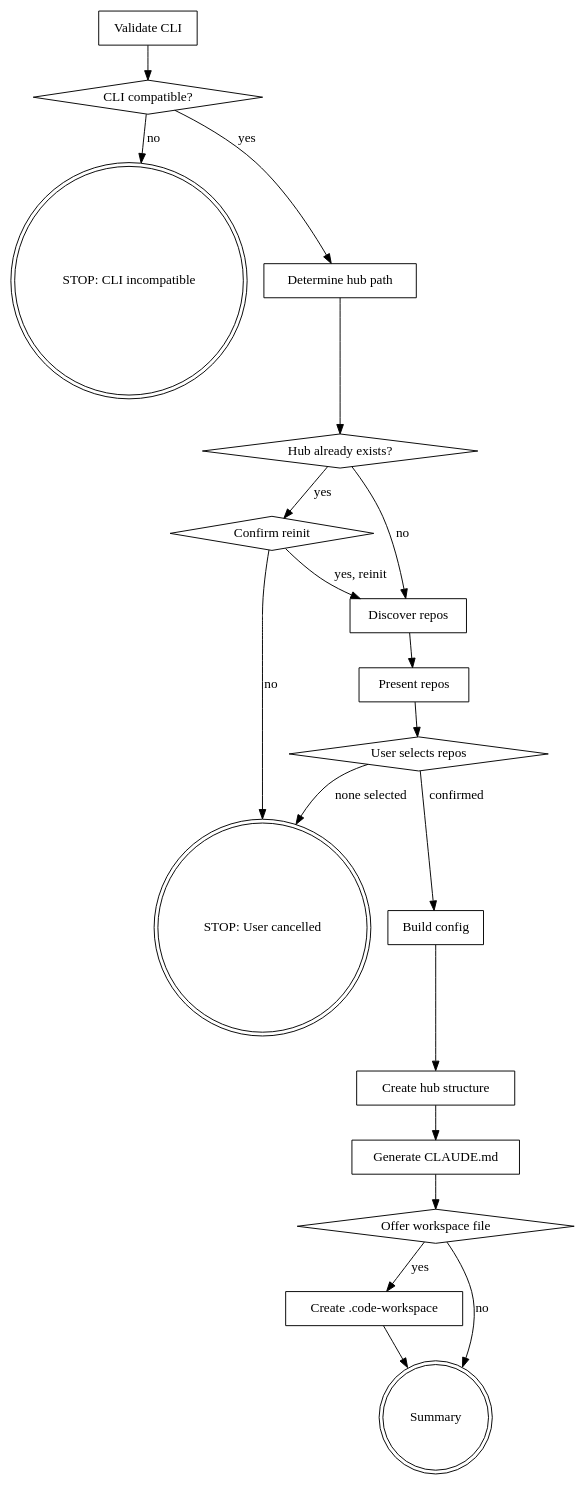
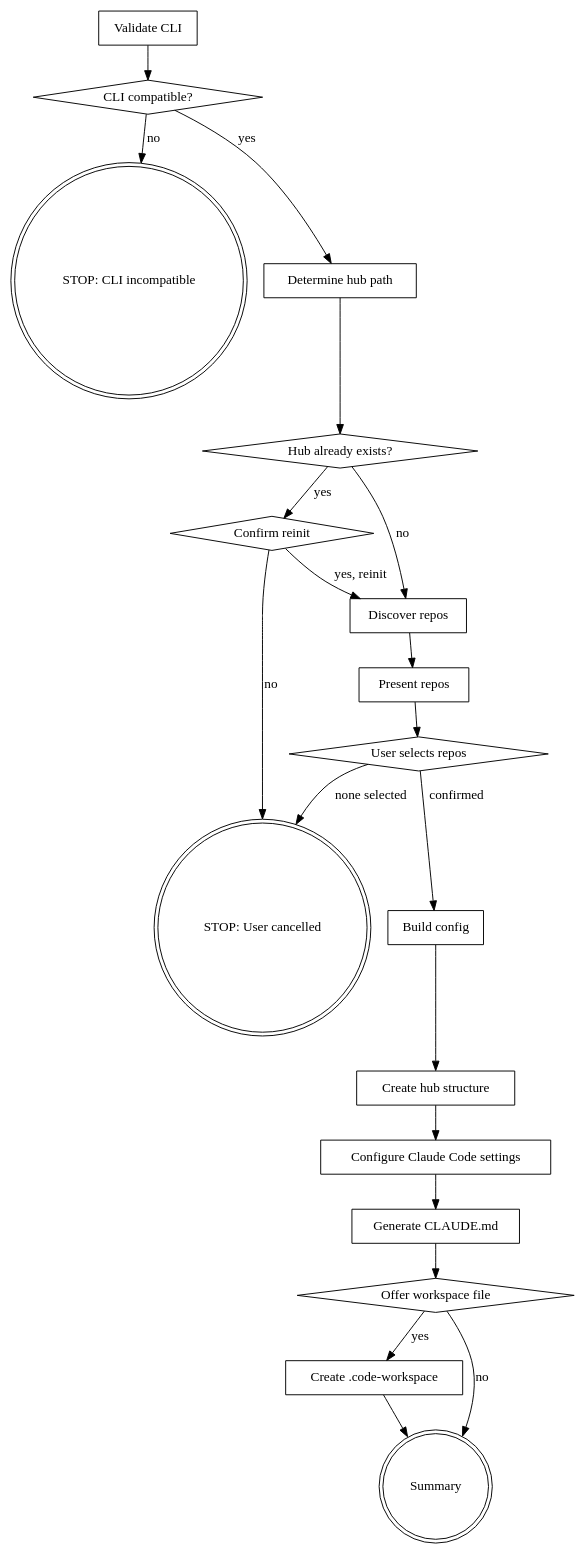
The diagram in plugins/dx-hub/skills/dx-hub-init/SKILL.md (easingthemes/dx-aem-flow), drawn with Graphviz before and after one commit. The commit also changed other lines of this file and 1 other file, not shown here.

First line of the commit message:
feat(dx-hub): add Claude Code settings, MCP config, and rules to hub-init

````diff
--- a/plugins/dx-hub/skills/dx-hub-init/SKILL.md
+++ b/plugins/dx-hub/skills/dx-hub-init/SKILL.md
@@ -12,39 +12,41 @@
 ```dot
 digraph hub_init {
     "Validate CLI" [shape=box];
     "CLI compatible?" [shape=diamond];
     "STOP: CLI incompatible" [shape=doublecircle];
     "Determine hub path" [shape=box];
     "Hub already exists?" [shape=diamond];
     "Confirm reinit" [shape=diamond];
     "STOP: User cancelled" [shape=doublecircle];
     "Discover repos" [shape=box];
     "Present repos" [shape=box];
     "User selects repos" [shape=diamond];
     "Build config" [shape=box];
     "Create hub structure" [shape=box];
+    "Configure Claude Code settings" [shape=box];
     "Generate CLAUDE.md" [shape=box];
     "Offer workspace file" [shape=diamond];
     "Create .code-workspace" [shape=box];
     "Summary" [shape=doublecircle];
 
     "Validate CLI" -> "CLI compatible?";
     "CLI compatible?" -> "Determine hub path" [label="yes"];
     "CLI compatible?" -> "STOP: CLI incompatible" [label="no"];
     "Determine hub path" -> "Hub already exists?";
     "Hub already exists?" -> "Confirm reinit" [label="yes"];
     "Hub already exists?" -> "Discover repos" [label="no"];
     "Confirm reinit" -> "Discover repos" [label="yes, reinit"];
     "Confirm reinit" -> "STOP: User cancelled" [label="no"];
     "Discover repos" -> "Present repos";
     "Present repos" -> "User selects repos";
     "User selects repos" -> "Build config" [label="confirmed"];
     "User selects repos" -> "STOP: User cancelled" [label="none selected"];
     "Build config" -> "Create hub structure";
-    "Create hub structure" -> "Generate CLAUDE.md";
+    "Create hub structure" -> "Configure Claude Code settings";
+    "Configure Claude Code settings" -> "Generate CLAUDE.md";
     "Generate CLAUDE.md" -> "Offer workspace file";
     "Offer workspace file" -> "Create .code-workspace" [label="yes"];
     "Offer workspace file" -> "Summary" [label="no"];
     "Create .code-workspace" -> "Summary";
 }
 ```
````
